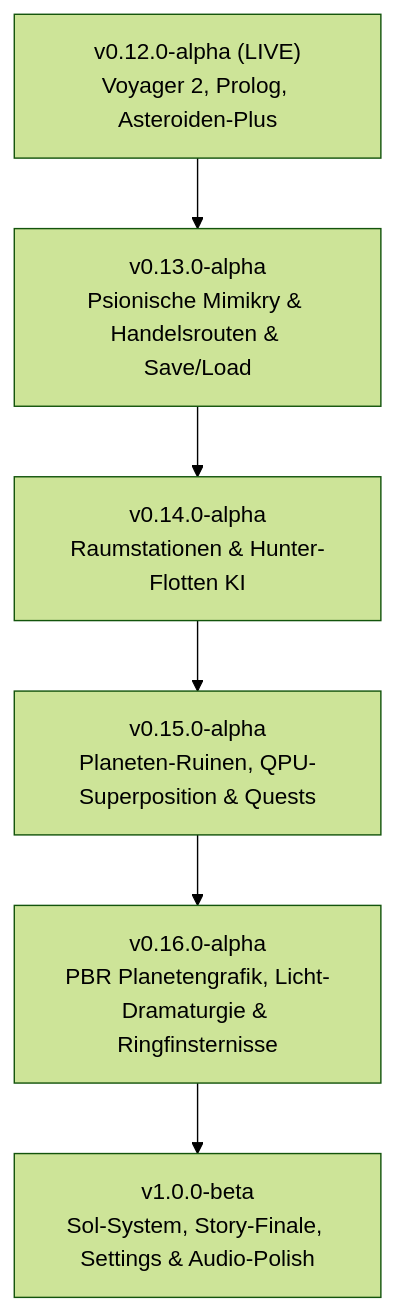
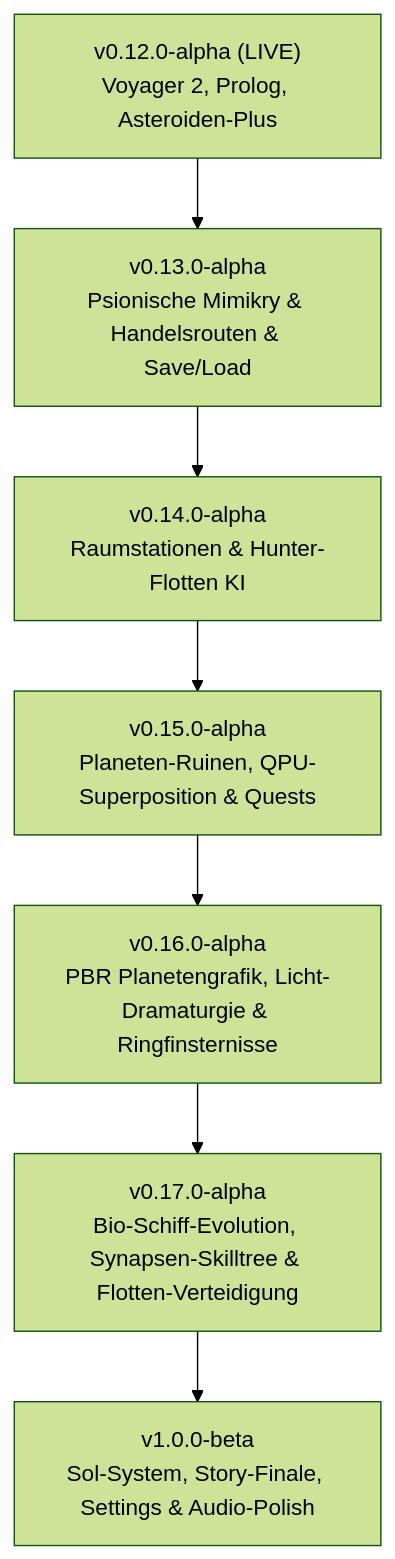
One commit to turgutreis/where_stars_die changed the diagram in ROADMAP.md. Above: the diagram before and after it, drawn with Mermaid (forest theme). The commit also changed other lines of this file and 2 other files, not shown here.

Commit message:
chore(release): bump version to 0.17.0-alpha

````diff
--- a/ROADMAP.md
+++ b/ROADMAP.md
@@ -104,8 +104,9 @@
 ```mermaid
 graph TD
     A["v0.12.0-alpha (LIVE)<br>Voyager 2, Prolog, Asteroiden-Plus"] --> B["v0.13.0-alpha<br>Psionische Mimikry & Handelsrouten & Save/Load"]
     B --> C["v0.14.0-alpha<br>Raumstationen & Hunter-Flotten KI"]
     C --> D["v0.15.0-alpha<br>Planeten-Ruinen, QPU-Superposition & Quests"]
     D --> E["v0.16.0-alpha<br>PBR Planetengrafik, Licht-Dramaturgie & Ringfinsternisse"]
-    E --> F["v1.0.0-beta<br>Sol-System, Story-Finale, Settings & Audio-Polish"]
+    E --> F["v0.17.0-alpha<br>Bio-Schiff-Evolution, Synapsen-Skilltree & Flotten-Verteidigung"]
+    F --> G["v1.0.0-beta<br>Sol-System, Story-Finale, Settings & Audio-Polish"]
 ```
````
